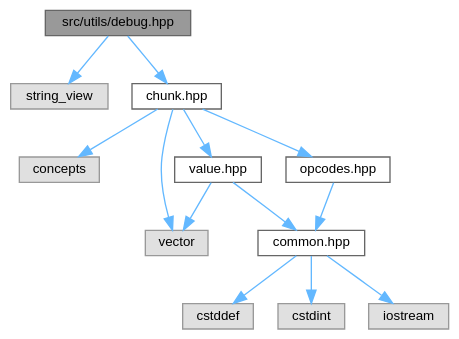
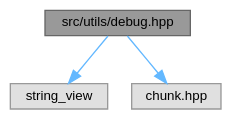
The diagram in pebbl/docs/debug_8hpp__incl.dot (kejunp/kejunp.github.io), drawn with Graphviz before and after one commit. The commit also changed 95 other files, not shown here.

```diff
--- a/pebbl/docs/debug_8hpp__incl.dot
+++ b/pebbl/docs/debug_8hpp__incl.dot
@@ -1,30 +1,12 @@
 digraph "src/utils/debug.hpp"
 {
  // LATEX_PDF_SIZE
   bgcolor="transparent";
   edge [fontname=Helvetica,fontsize=10,labelfontname=Helvetica,labelfontsize=10];
   node [fontname=Helvetica,fontsize=10,shape=box,height=0.2,width=0.4];
   Node1 [id="Node000001",label="src/utils/debug.hpp",height=0.2,width=0.4,color="gray40", fillcolor="grey60", style="filled", fontcolor="black",tooltip=" "];
   Node1 -> Node2 [id="edge1_Node000001_Node000002",color="steelblue1",style="solid",tooltip=" "];
   Node2 [id="Node000002",label="string_view",height=0.2,width=0.4,color="grey60", fillcolor="#E0E0E0", style="filled",tooltip=" "];
   Node1 -> Node3 [id="edge2_Node000001_Node000003",color="steelblue1",style="solid",tooltip=" "];
-  Node3 [id="Node000003",label="chunk.hpp",height=0.2,width=0.4,color="grey40", fillcolor="white", style="filled",URL="$chunk_8hpp.html",tooltip=" "];
-  Node3 -> Node4 [id="edge3_Node000003_Node000004",color="steelblue1",style="solid",tooltip=" "];
-  Node4 [id="Node000004",label="concepts",height=0.2,width=0.4,color="grey60", fillcolor="#E0E0E0", style="filled",tooltip=" "];
-  Node3 -> Node5 [id="edge4_Node000003_Node000005",color="steelblue1",style="solid",tooltip=" "];
-  Node5 [id="Node000005",label="vector",height=0.2,width=0.4,color="grey60", fillcolor="#E0E0E0", style="filled",tooltip=" "];
-  Node3 -> Node6 [id="edge5_Node000003_Node000006",color="steelblue1",style="solid",tooltip=" "];
-  Node6 [id="Node000006",label="opcodes.hpp",height=0.2,width=0.4,color="grey40", fillcolor="white", style="filled",URL="$opcodes_8hpp.html",tooltip=" "];
-  Node6 -> Node7 [id="edge6_Node000006_Node000007",color="steelblue1",style="solid",tooltip=" "];
-  Node7 [id="Node000007",label="common.hpp",height=0.2,width=0.4,color="grey40", fillcolor="white", style="filled",URL="$common_8hpp.html",tooltip=" "];
-  Node7 -> Node8 [id="edge7_Node000007_Node000008",color="steelblue1",style="solid",tooltip=" "];
-  Node8 [id="Node000008",label="cstddef",height=0.2,width=0.4,color="grey60", fillcolor="#E0E0E0", style="filled",tooltip=" "];
-  Node7 -> Node9 [id="edge8_Node000007_Node000009",color="steelblue1",style="solid",tooltip=" "];
-  Node9 [id="Node000009",label="cstdint",height=0.2,width=0.4,color="grey60", fillcolor="#E0E0E0", style="filled",tooltip=" "];
-  Node7 -> Node10 [id="edge9_Node000007_Node000010",color="steelblue1",style="solid",tooltip=" "];
-  Node10 [id="Node000010",label="iostream",height=0.2,width=0.4,color="grey60", fillcolor="#E0E0E0", style="filled",tooltip=" "];
-  Node3 -> Node11 [id="edge10_Node000003_Node000011",color="steelblue1",style="solid",tooltip=" "];
-  Node11 [id="Node000011",label="value.hpp",height=0.2,width=0.4,color="grey40", fillcolor="white", style="filled",URL="$value_8hpp.html",tooltip=" "];
-  Node11 -> Node5 [id="edge11_Node000011_Node000005",color="steelblue1",style="solid",tooltip=" "];
-  Node11 -> Node7 [id="edge12_Node000011_Node000007",color="steelblue1",style="solid",tooltip=" "];
+  Node3 [id="Node000003",label="chunk.hpp",height=0.2,width=0.4,color="grey60", fillcolor="#E0E0E0", style="filled",tooltip=" "];
 }
```
